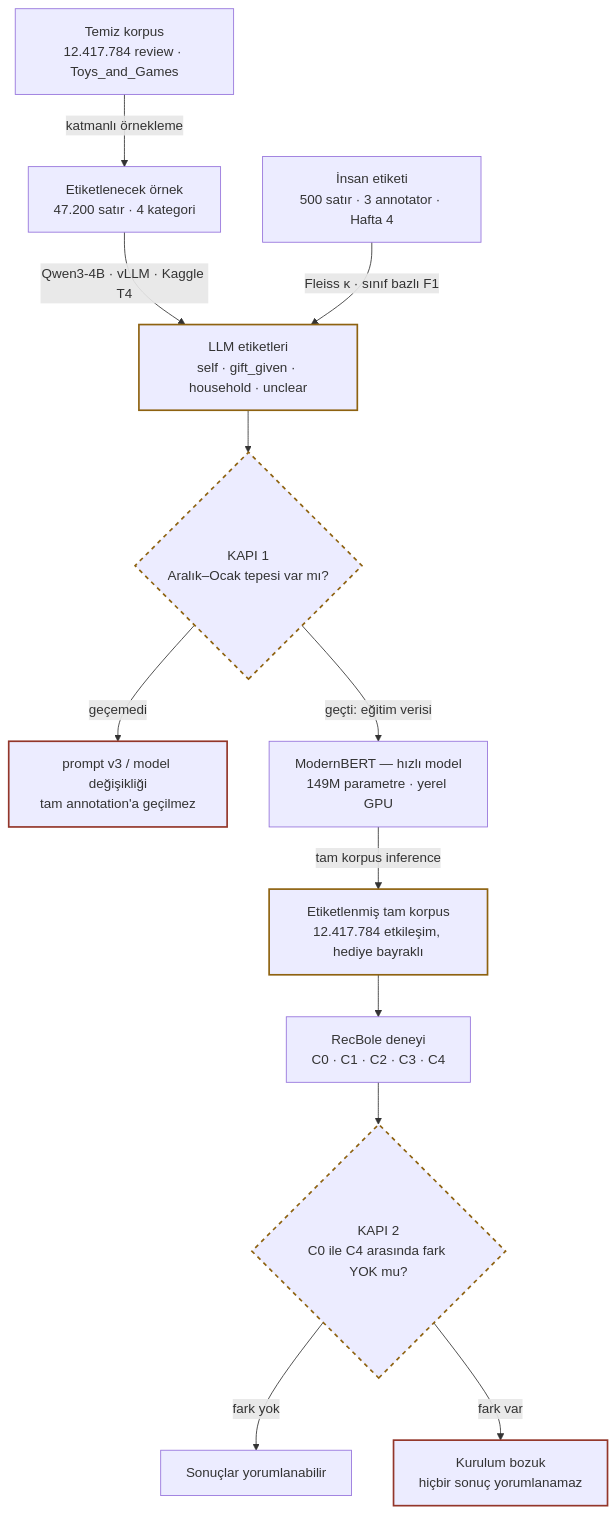
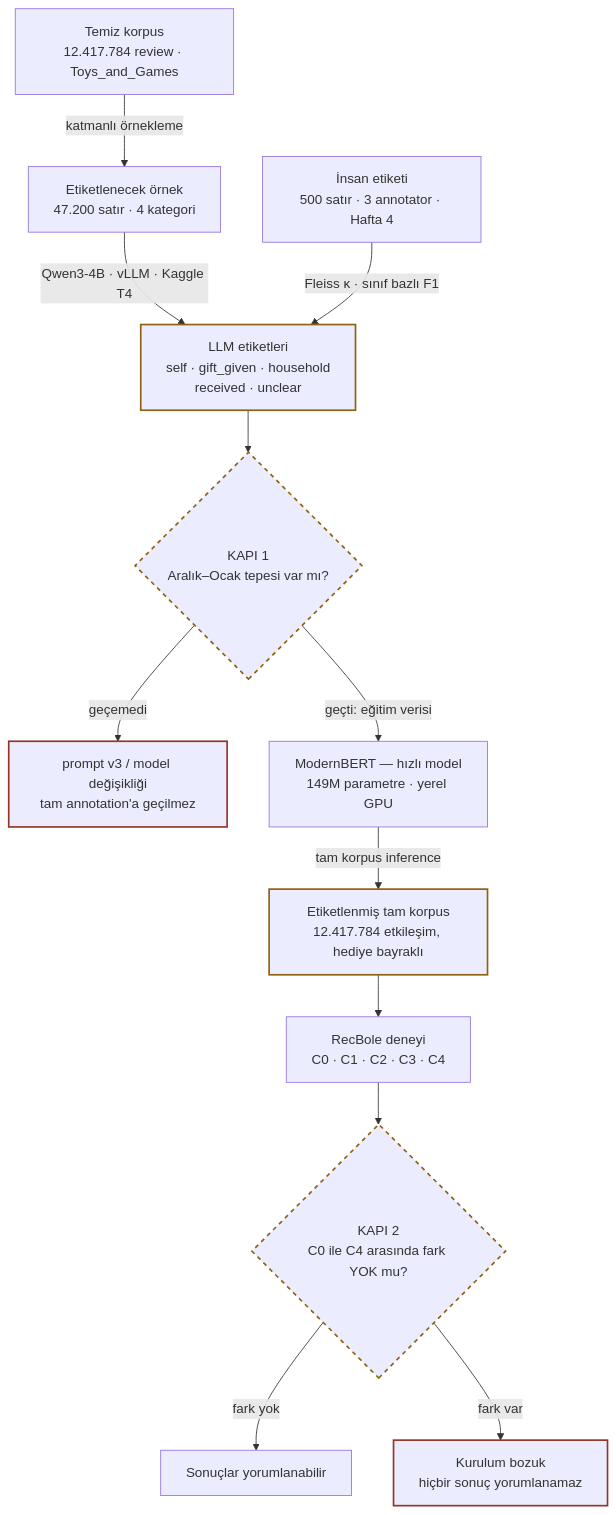
The diagram in repo/docs/GENEL_BAKIS.md (edasaruhan/SIC_AI_17_Capstone_Group_2), drawn with Mermaid before and after one commit. The commit also changed other lines of this file and 33 other files, not shown here.

````diff
--- a/repo/docs/GENEL_BAKIS.md
+++ b/repo/docs/GENEL_BAKIS.md
@@ -78,34 +78,34 @@
 ```mermaid
 flowchart TD
     A["Temiz korpus<br/>12.417.784 review · Toys_and_Games"]
     B["Etiketlenecek örnek<br/>47.200 satır · 4 kategori"]
-    C["LLM etiketleri<br/>self · gift_given · household · unclear"]
+    C["LLM etiketleri<br/>self · gift_given · household<br/>received · unclear"]
     H["İnsan etiketi<br/>500 satır · 3 annotator · Hafta 4"]
     G1{"KAPI 1<br/>Aralık–Ocak tepesi var mı?"}
     P["prompt v3 / model değişikliği<br/>tam annotation'a geçilmez"]
     D["ModernBERT — hızlı model<br/>149M parametre · yerel GPU"]
     E["Etiketlenmiş tam korpus<br/>12.417.784 etkileşim, hediye bayraklı"]
     F["RecBole deneyi<br/>C0 · C1 · C2 · C3 · C4"]
     G2{"KAPI 2<br/>C0 ile C4 arasında fark YOK mu?"}
     R["Sonuçlar yorumlanabilir"]
     INV["Kurulum bozuk<br/>hiçbir sonuç yorumlanamaz"]
 
     A -->|"katmanlı örnekleme"| B
     B -->|"Qwen3-4B · vLLM · Kaggle T4"| C
     H -->|"Fleiss κ · sınıf bazlı F1"| C
     C --> G1
     G1 -->|"geçti: eğitim verisi"| D
     G1 -->|"geçemedi"| P
     D -->|"tam korpus inference"| E
     E --> F
     F --> G2
     G2 -->|"fark yok"| R
     G2 -->|"fark var"| INV
 
     classDef gift stroke:#8E6210,stroke-width:2px
     classDef gate stroke:#8E6210,stroke-width:2px,stroke-dasharray:5
     classDef stop stroke:#93362A,stroke-width:2px
     class C,E gift
     class G1,G2 gate
     class P,INV stop
 ```
````
